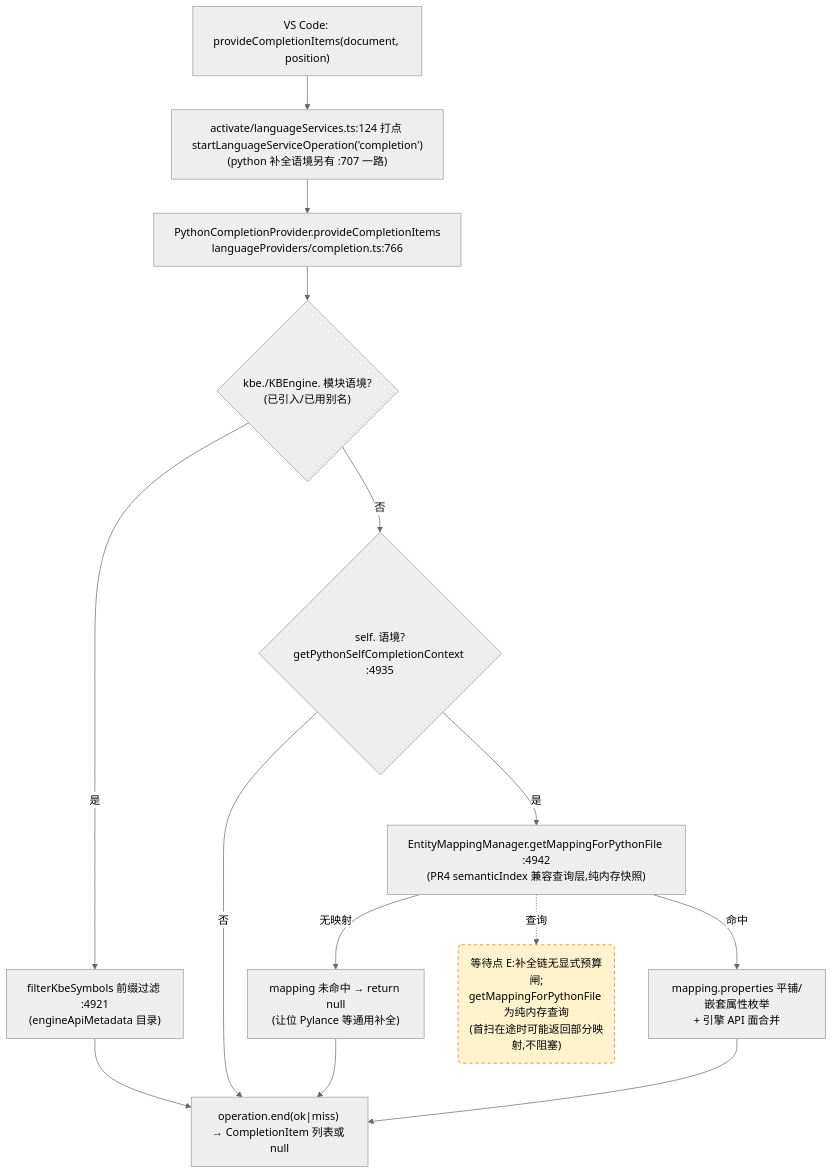
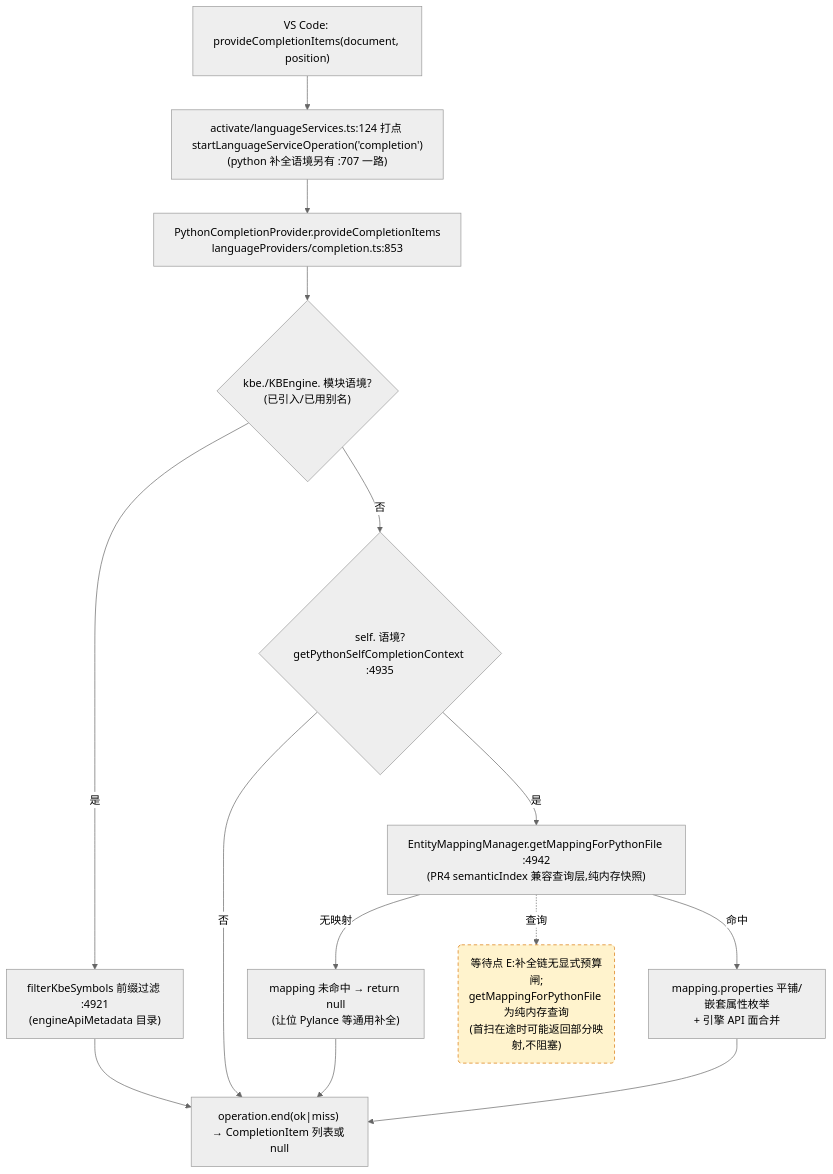
One commit to cuihairu/kode changed the third of 4 diagrams in docs/perf/2026-baseline.md. Above: the diagram before and after it, drawn with Mermaid (neutral theme). The commit also changed other lines of this file and 15 other files, not shown here.

````diff
--- a/docs/perf/2026-baseline.md
+++ b/docs/perf/2026-baseline.md
@@ -186,27 +187,27 @@
 ```mermaid
 flowchart TD
   VC3["VS Code: provideCompletionItems(document, position)"]
   M3["activate/languageServices.ts:124 打点 startLanguageServiceOperation('completion')<br/>(python 补全语境另有 :707 一路)"]
-  CP["PythonCompletionProvider.provideCompletionItems<br/>languageProviders/completion.ts:766"]
+  CP["PythonCompletionProvider.provideCompletionItems<br/>languageProviders/completion.ts:853"]
   KBEC{"kbe./KBEngine. 模块语境?<br/>(已引入/已用别名)"}
   FILTER["filterKbeSymbols 前缀过滤 :4921<br/>(engineApiMetadata 目录)"]
   SELFC{"self. 语境?<br/>getPythonSelfCompletionContext :4935"}
   MAP["EntityMappingManager.getMappingForPythonFile :4942<br/>(PR4 semanticIndex 兼容查询层,纯内存快照)"]
   NOMAP["mapping 未命中 → return null<br/>(让位 Pylance 等通用补全)"]
   PROPS["mapping.properties 平铺/嵌套属性枚举<br/>+ 引擎 API 面合并"]
   END3["operation.end(ok|miss) → CompletionItem 列表或 null"]
 
   VC3 --> M3 --> CP --> KBEC
   KBEC -- "是" --> FILTER --> END3
   KBEC -- "否" --> SELFC
   SELFC -- "否" --> END3
   SELFC -- "是" --> MAP
   MAP -- "无映射" --> NOMAP --> END3
   MAP -- "命中" --> PROPS --> END3
 
   WAITE("等待点 E:补全链无显式预算闸;<br/>getMappingForPythonFile 为纯内存查询<br/>(首扫在途时可能返回部分映射,不阻塞)")
   MAP -.->|查询| WAITE
 
   classDef waitPoint fill:#fff3cd,stroke:#d97706,stroke-dasharray:5 4;
   class WAITE waitPoint;
 ```
````
